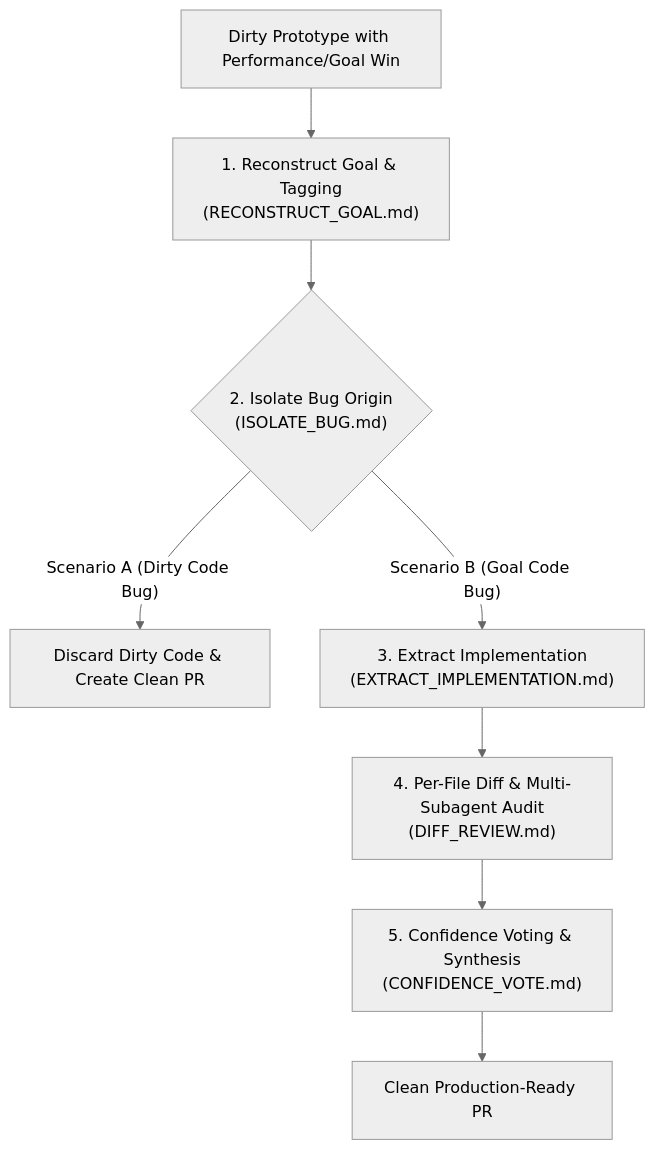
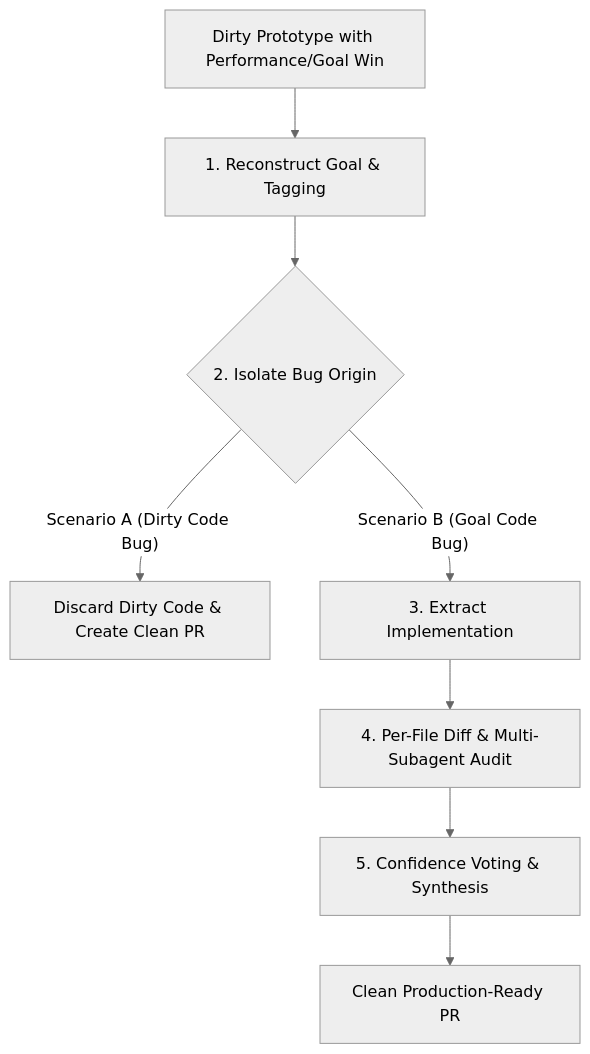
One commit to loerei/myskills changed the diagram in engineering/afterplay/SKILL.md. Above: the diagram before and after it, drawn with Mermaid (neutral theme). The commit also changed other lines of this file and 6 other files, not shown here.

````diff
--- a/engineering/afterplay/SKILL.md
+++ b/engineering/afterplay/SKILL.md
@@ -16,10 +16,10 @@
 ```mermaid
 flowchart TD
-    Start["Dirty Prototype with Performance/Goal Win"] --> Phase1["1. Reconstruct Goal & Tagging<br/>(RECONSTRUCT_GOAL.md)"]
-    Phase1 --> Phase2{"2. Isolate Bug Origin<br/>(ISOLATE_BUG.md)"}
+    Start["Dirty Prototype with Performance/Goal Win"] --> Phase1["1. Reconstruct Goal & Tagging"]
+    Phase1 --> Phase2{"2. Isolate Bug Origin"}
     Phase2 -->|"Scenario A (Dirty Code Bug)"| DoneA["Discard Dirty Code & Create Clean PR"]
-    Phase2 -->|"Scenario B (Goal Code Bug)"| Phase3["3. Extract Implementation<br/>(EXTRACT_IMPLEMENTATION.md)"]
-    Phase3 --> Phase4["4. Per-File Diff & Multi-Subagent Audit<br/>(DIFF_REVIEW.md)"]
-    Phase4 --> Phase5["5. Confidence Voting & Synthesis<br/>(CONFIDENCE_VOTE.md)"]
+    Phase2 -->|"Scenario B (Goal Code Bug)"| Phase3["3. Extract Implementation"]
+    Phase3 --> Phase4["4. Per-File Diff & Multi-Subagent Audit"]
+    Phase4 --> Phase5["5. Confidence Voting & Synthesis"]
     Phase5 --> DoneB["Clean Production-Ready PR"]
 ```
````
